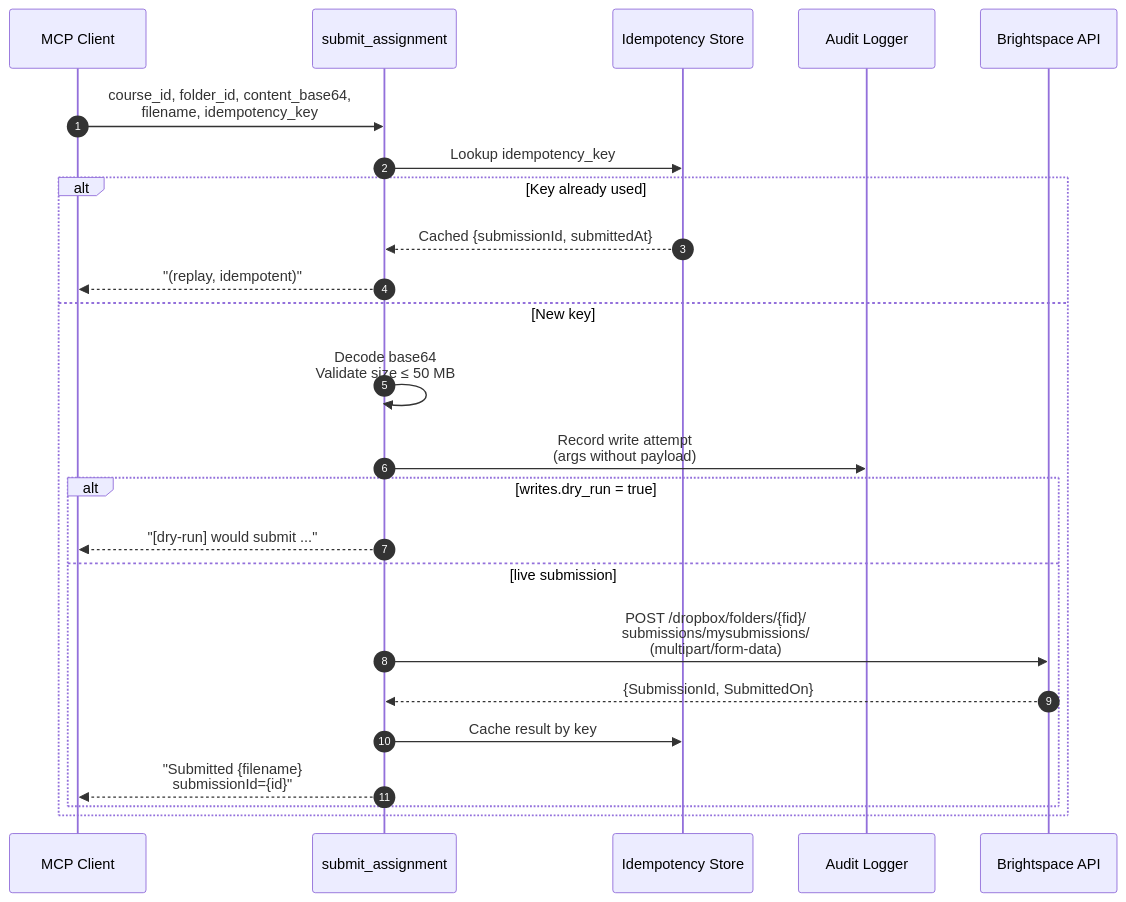
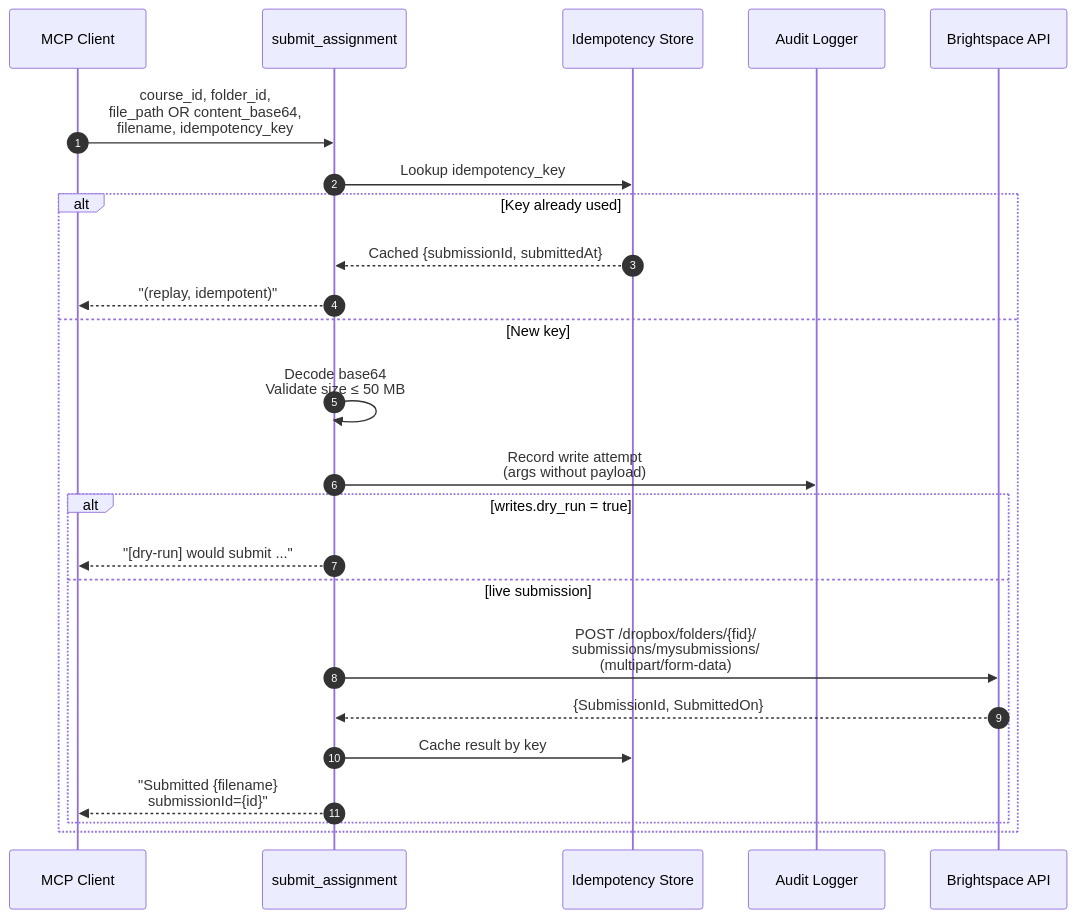
One commit to JhostinAleck/brightspace-mcp changed the diagram in docs/writes.md. Above: the diagram before and after it, drawn with Mermaid. The commit also changed 9 other files, not shown here.

````diff
--- a/docs/writes.md
+++ b/docs/writes.md
@@ -96,29 +96,29 @@
 ```mermaid
 sequenceDiagram
     autonumber
     participant C as MCP Client
     participant T as submit_assignment
     participant I as Idempotency Store
     participant A as Audit Logger
     participant D as Brightspace API
 
-    C->>T: course_id, folder_id, content_base64,<br/>filename, idempotency_key
+    C->>T: course_id, folder_id,<br/>file_path OR content_base64,<br/>filename, idempotency_key
     T->>I: Lookup idempotency_key
 
     alt Key already used
         I-->>T: Cached {submissionId, submittedAt}
         T-->>C: "(replay, idempotent)"
     else New key
         T->>T: Decode base64<br/>Validate size ≤ 50 MB
         T->>A: Record write attempt<br/>(args without payload)
 
         alt writes.dry_run = true
             T-->>C: "[dry-run] would submit ..."
         else live submission
             T->>D: POST /dropbox/folders/{fid}/<br/>submissions/mysubmissions/<br/>(multipart/form-data)
             D-->>T: {SubmissionId, SubmittedOn}
             T->>I: Cache result by key
             T-->>C: "Submitted {filename}<br/>submissionId={id}"
         end
     end
 ```
````
